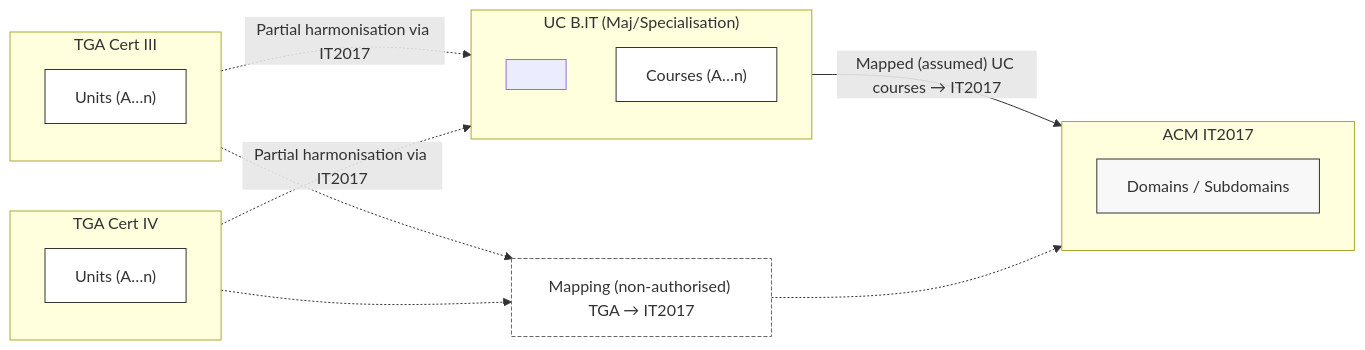
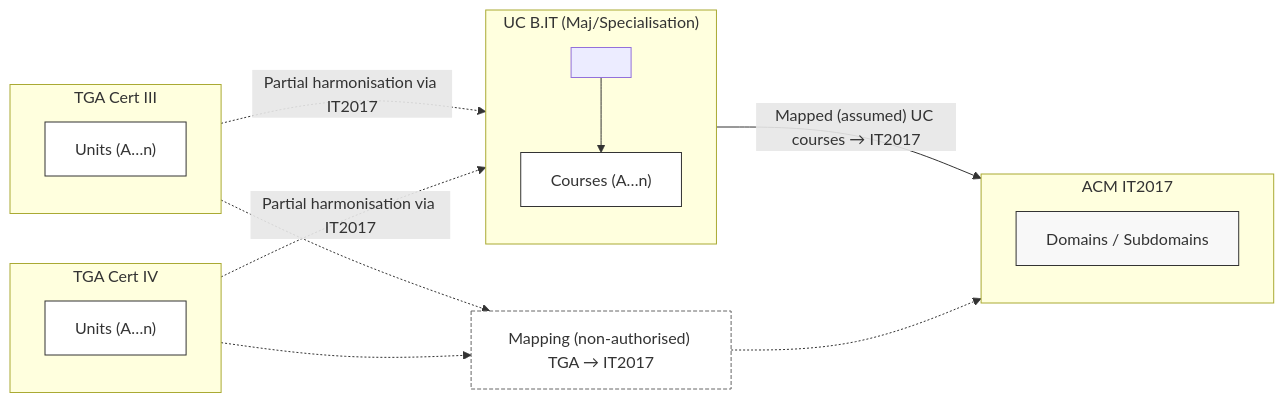
One commit to leskneebone/skills-SPARQL changed the second of 3 diagrams in reports/creditTransferModels.md. Above: the diagram before and after it, drawn with Mermaid.

````diff
--- a/reports/creditTransferModels.md
+++ b/reports/creditTransferModels.md
@@ -40,41 +40,42 @@
 ```mermaid
 flowchart LR
   %% Diagram 2 — attempt mapping via IT2017 (helps HE more than VET)
 
   subgraph CertIII["TGA Cert III"]
     C3["Units (A…n)"]:::unit
   end
 
   subgraph CertIV["TGA Cert IV"]
     C4["Units (A…n)"]:::unit
   end
 
   subgraph UCBIT["UC B.IT (Maj/Specialisation)"]
     spacer[" "]:::spacer
     UC["Courses (A…n)"]:::unit
+    spacer --> UC
   end
 
   subgraph IT2017["ACM IT2017"]
     KA["Domains / Subdomains"]:::scheme
   end
 
   %% HE aligns (assumed mapping)
   UCBIT -- "Mapped (assumed) UC courses → IT2017" --> IT2017
 
   %% VET: possible mapping, with no explicit IT2017 mapping
 VetITMap["Mapping (non-authorised) TGA → IT2017"]:::mapping
 
 CertIII -.-> VetITMap
 CertIV  -.-> VetITMap
 VetITMap -.-> IT2017
 
 
   %% therefore crosswalk is still partial/uneven
   CertIII -. "Partial harmonisation via IT2017" .-> UCBIT
   CertIV  -. "Partial harmonisation via IT2017" .-> UCBIT
 
   classDef unit fill:#fff,stroke:#333,stroke-width:1px;
   classDef scheme fill:#f8f8f8,stroke:#333,stroke-width:1px;
   classDef mapping fill:#fff,stroke:#666,stroke-dasharray: 4 2;
 
 ```
````
